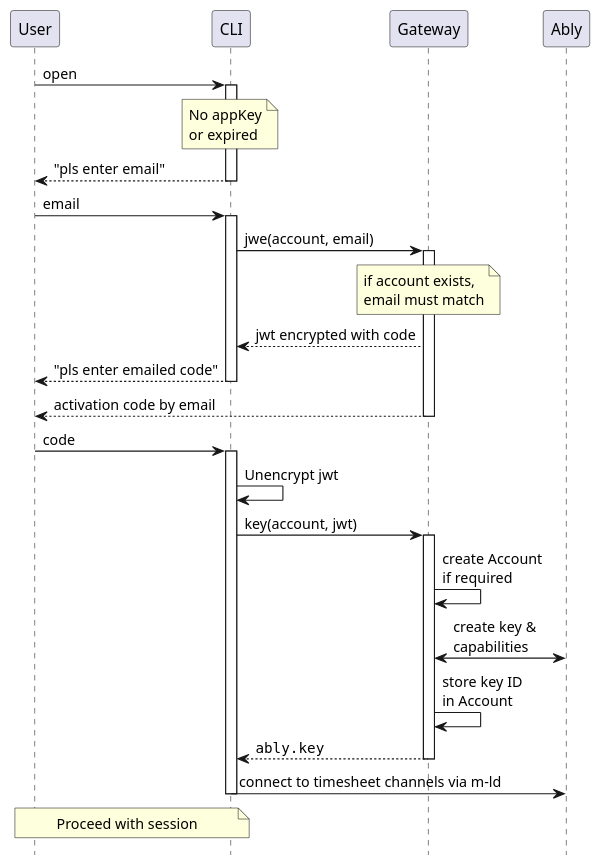
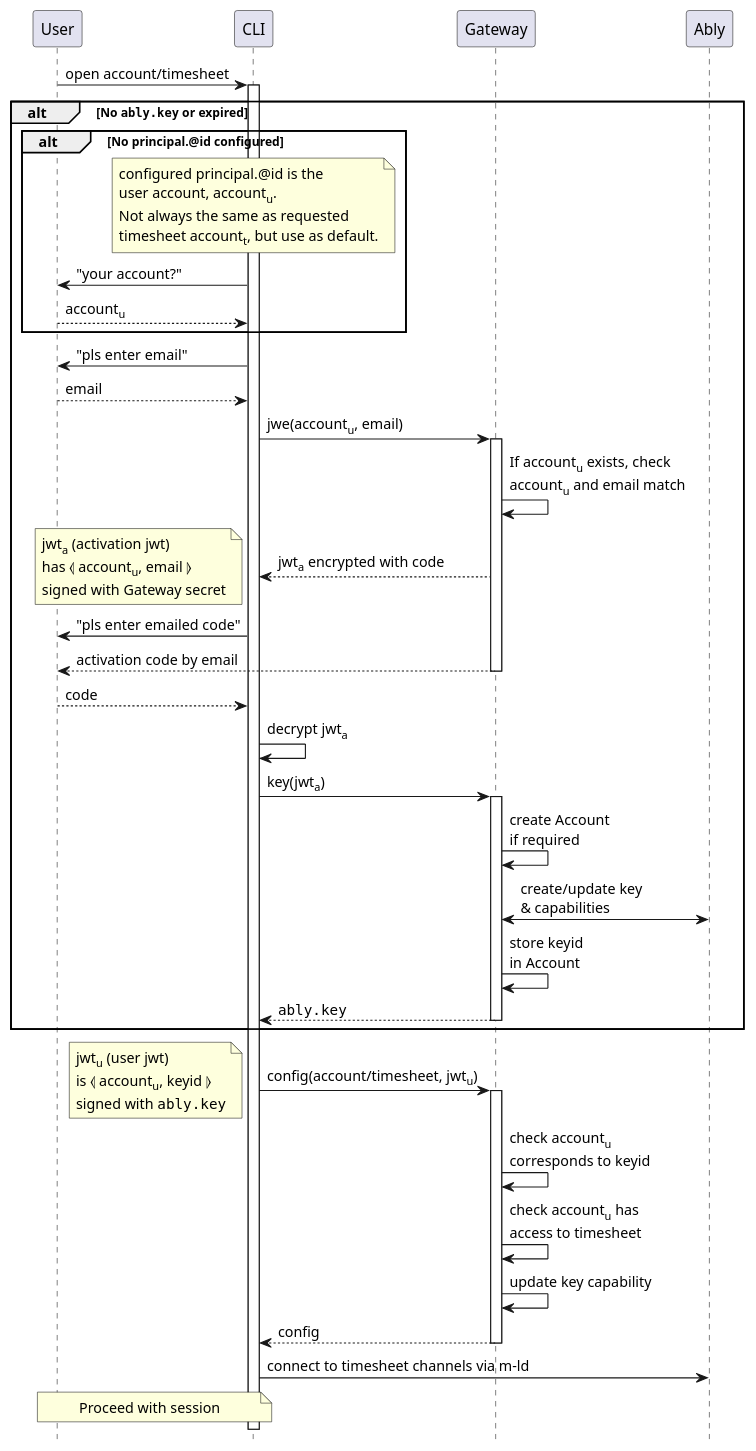
One commit to m-ld/timeld changed the diagram in architecture/security/register-cli.seq.puml. Above: the diagram before and after it, drawn with PlantUML. The commit also changed 19 other files, not shown here.

```diff
--- a/architecture/security/register-cli.seq.puml
+++ b/architecture/security/register-cli.seq.puml
@@ -1,27 +1,55 @@
 @startuml
 'https://plantuml.com/sequence-diagram
-
 hide footbox
 
-User -> CLI ++: open
-note over CLI: No appKey\nor expired
-CLI --> User --: "pls enter email"
-User -> CLI ++: email
-CLI -> Gateway ++: jwe(account, email)
-note over Gateway: if account exists,\nemail must match
-Gateway --> CLI: jwt encrypted with code
-CLI --> User --: "pls enter emailed code"
-Gateway --> User --: activation code by email
-User -> CLI ++: code
-' TODO: brute force attack (look for a parseable JWT)
-CLI -> CLI: Unencrypt jwt
-' TODO: replay attack within JWT validity period
-CLI -> Gateway ++: key(account, jwt)
-Gateway -> Gateway: create Account\nif required
-Gateway <-> Ably: create key &\ncapabilities
-Gateway -> Gateway: store key ID\nin Account
-return ""ably.key""
-CLI -> Ably --: connect to timesheet channels via m-ld
+User -> CLI ++: open account/timesheet
+alt No ""ably.key"" or expired
+  alt No principal.@id configured
+    note over CLI
+      configured principal.@id is the
+      user account, account<sub>u</sub>.
+      Not always the same as requested
+      timesheet account<sub>t</sub>, but use as default.
+    end note
+    CLI -> User: "your account?"
+    User --> CLI: account<sub>u</sub>
+  end
+  CLI -> User: "pls enter email"
+  User --> CLI: email
+  CLI -> Gateway ++: jwe(account<sub>u</sub>, email)
+  Gateway -> Gateway: If account<sub>u</sub> exists, check\naccount<sub>u</sub> and email match
+  Gateway --> CLI: jwt<sub>a</sub> encrypted with code
+  note left
+    jwt<sub>a</sub> (activation jwt)
+    has ⦉ account<sub>u</sub>, email ⦊
+    signed with Gateway secret
+  end note
+  CLI -> User: "pls enter emailed code"
+  Gateway --> User --: activation code by email
+
+  User --> CLI: code
+  ' TODO: brute force attack (look for a parseable JWT)
+  CLI -> CLI: decrypt jwt<sub>a</sub>
+  ' TODO: replay attack within JWT validity period
+  CLI -> Gateway ++: key(jwt<sub>a</sub>)
+  Gateway -> Gateway: create Account\nif required
+  Gateway <-> Ably: create/update key\n& capabilities
+  Gateway -> Gateway: store keyid\nin Account
+  return ""ably.key""
+end
+
+CLI -> Gateway ++: config(account/timesheet, jwt<sub>u</sub>)
+note left
+  jwt<sub>u</sub> (user jwt)
+  is ⦉ account<sub>u</sub>, keyid ⦊
+  signed with ""ably.key""
+end note
+Gateway -> Gateway: check account<sub>u</sub>\ncorresponds to keyid
+Gateway -> Gateway: check account<sub>u</sub> has\naccess to timesheet
+Gateway -> Gateway: update key capability
+return config
+
+CLI -> Ably: connect to timesheet channels via m-ld
 note over User, CLI: Proceed with session
 
 @enduml
```
